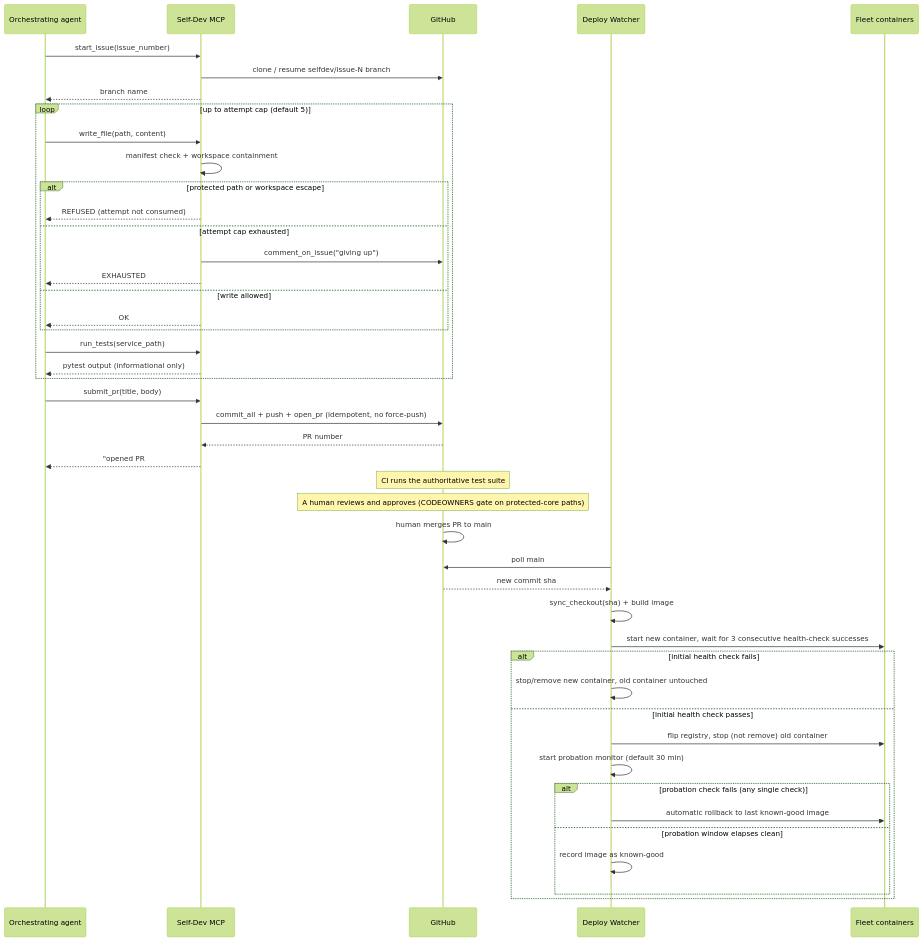
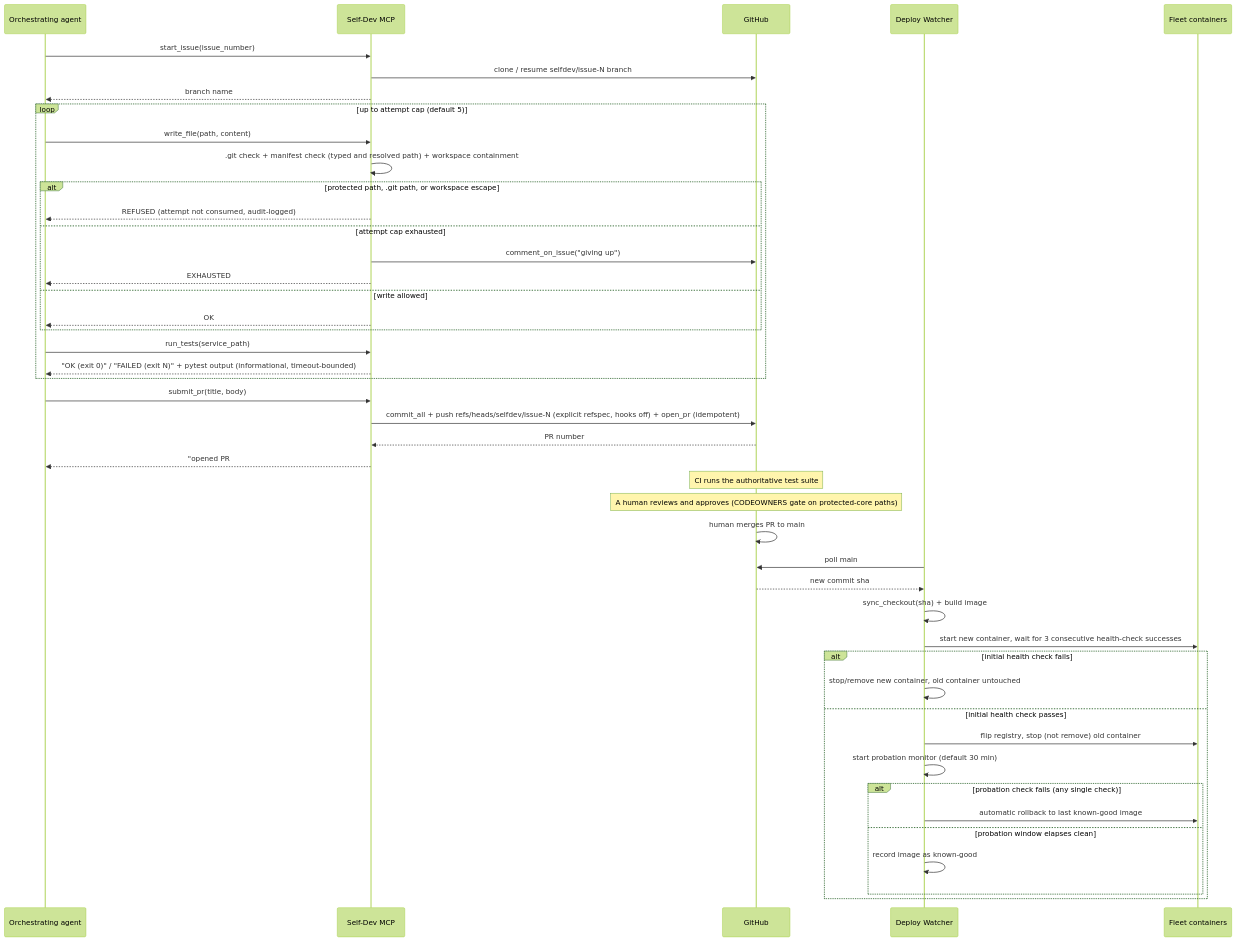
Before and after one commit to OmPrakashSingh1704/fleet-mcp: the second of 3 diagrams in ARCHITECTURE.md, drawn with Mermaid (forest theme). The commit also changed other lines of this file and 5 other files, not shown here.

````diff
--- a/ARCHITECTURE.md
+++ b/ARCHITECTURE.md
@@ -89,52 +103,52 @@
 ```mermaid
 sequenceDiagram
     participant Agent as Orchestrating agent
     participant SelfDev as Self-Dev MCP
     participant GH as GitHub
     participant Watcher as Deploy Watcher
     participant Fleet as Fleet containers
 
     Agent->>SelfDev: start_issue(issue_number)
     SelfDev->>GH: clone / resume selfdev/issue-N branch
     SelfDev-->>Agent: branch name
 
     loop up to attempt cap (default 5)
         Agent->>SelfDev: write_file(path, content)
-        SelfDev->>SelfDev: manifest check + workspace containment
-        alt protected path or workspace escape
-            SelfDev-->>Agent: REFUSED (attempt not consumed)
+        SelfDev->>SelfDev: .git check + manifest check (typed and resolved path) + workspace containment
+        alt protected path, .git path, or workspace escape
+            SelfDev-->>Agent: REFUSED (attempt not consumed, audit-logged)
         else attempt cap exhausted
             SelfDev->>GH: comment_on_issue("giving up")
             SelfDev-->>Agent: EXHAUSTED
         else write allowed
             SelfDev-->>Agent: OK
         end
         Agent->>SelfDev: run_tests(service_path)
-        SelfDev-->>Agent: pytest output (informational only)
+        SelfDev-->>Agent: "OK (exit 0)" / "FAILED (exit N)" + pytest output (informational, timeout-bounded)
     end
 
     Agent->>SelfDev: submit_pr(title, body)
-    SelfDev->>GH: commit_all + push + open_pr (idempotent, no force-push)
+    SelfDev->>GH: commit_all + push refs/heads/selfdev/issue-N (explicit refspec, hooks off) + open_pr (idempotent)
     GH-->>SelfDev: PR number
     SelfDev-->>Agent: "opened PR #N"
 
     Note over GH: CI runs the authoritative test suite
     Note over GH: A human reviews and approves (CODEOWNERS gate on protected-core paths)
     GH->>GH: human merges PR to main
 
     Watcher->>GH: poll main
     GH-->>Watcher: new commit sha
     Watcher->>Watcher: sync_checkout(sha) + build image
     Watcher->>Fleet: start new container, wait for 3 consecutive health-check successes
     alt initial health check fails
         Watcher->>Watcher: stop/remove new container, old container untouched
     else initial health check passes
         Watcher->>Fleet: flip registry, stop (not remove) old container
         Watcher->>Watcher: start probation monitor (default 30 min)
         alt probation check fails (any single check)
             Watcher->>Fleet: automatic rollback to last known-good image
         else probation window elapses clean
             Watcher->>Watcher: record image as known-good
         end
     end
 ```
````
